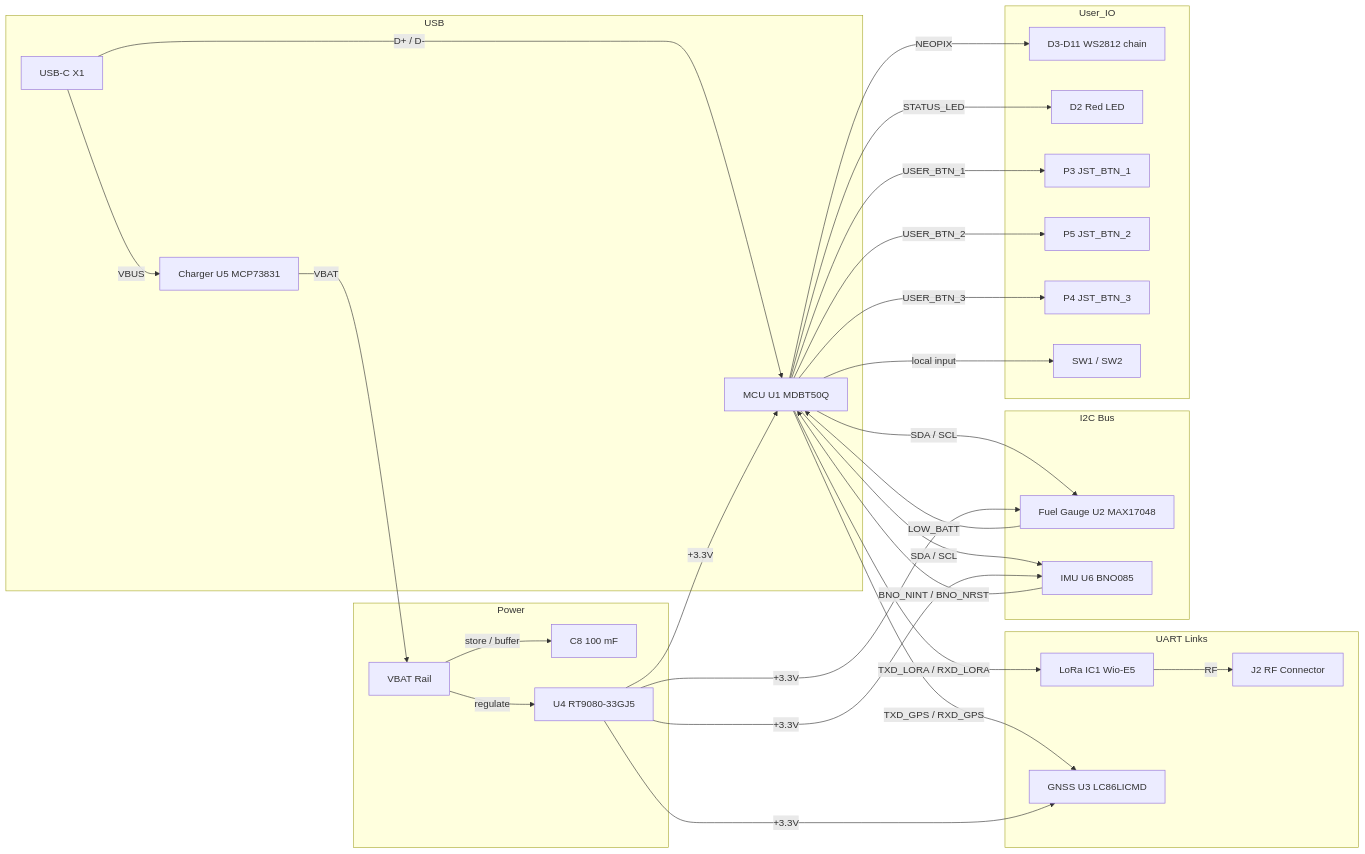
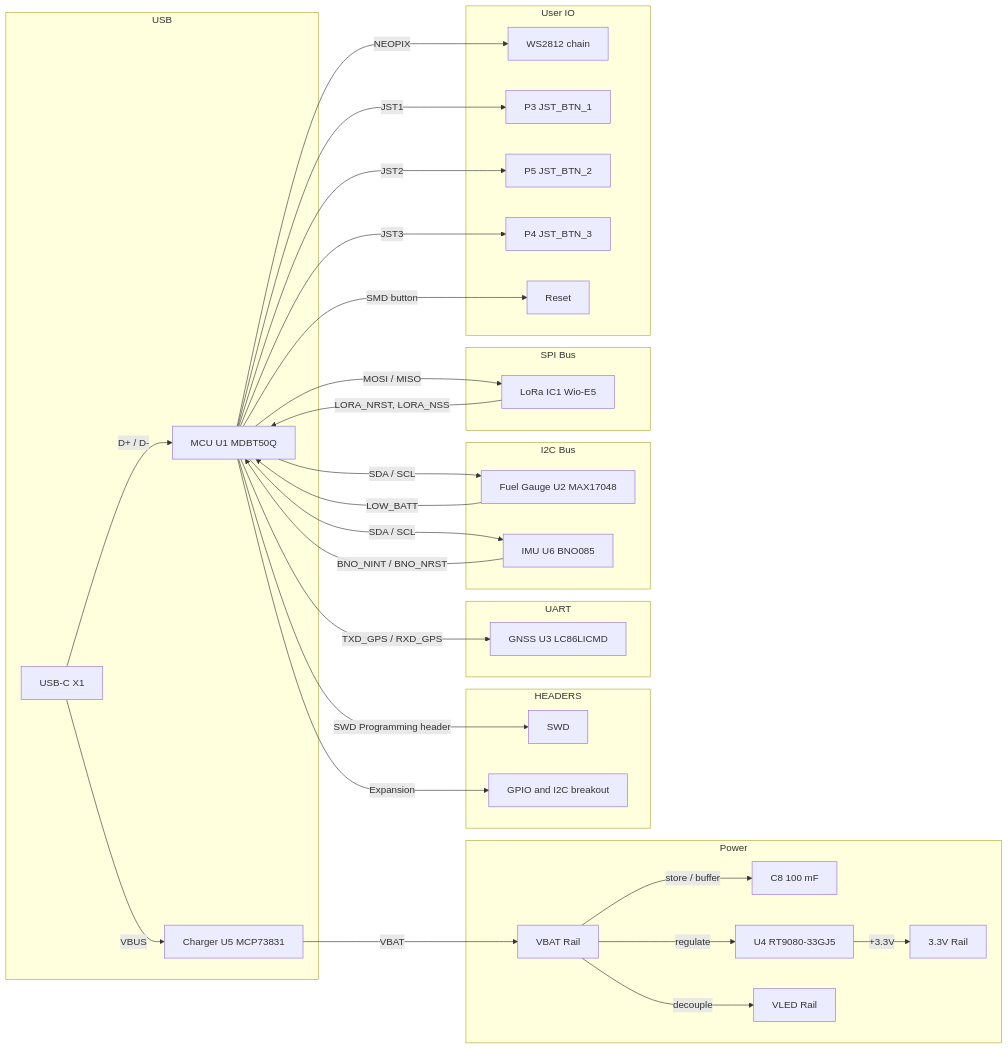
One commit to wildjames/smart_compass changed the diagram in Medallion_Board/board_components.md. Above: the diagram before and after it, drawn with Mermaid. The commit also changed other lines of this file and 4 other files, not shown here.

Commit message:
Wrote some more readme stuff. Added haptics to the schematic

````diff
--- a/Medallion_Board/board_components.md
+++ b/Medallion_Board/board_components.md
@@ -30,39 +30,44 @@
 ```mermaid
 flowchart LR
-    subgraph USB
+    subgraph "USB"
         USBC[USB-C X1] -->|D+ / D-| MCU[MCU U1 MDBT50Q]
         USBC -->|VBUS| CHARGER[Charger U5 MCP73831]
     end
 
-    subgraph "UART Links"
-        MCU -->|TXD_LORA / RXD_LORA| LORA[LoRa IC1 Wio-E5]
+    subgraph "Power"
+        CHARGER -->|VBAT| VBAT[VBAT Rail]
+        VBAT -->|store / buffer| SUPERCAP[C8 100 mF]
+        VBAT -->|regulate| LDO[U4 RT9080-33GJ5]
+        VBAT -->|decouple| VLED[VLED Rail]
+        LDO -->|+3.3V| VDD[3.3V Rail]
+    end
+
+    subgraph "HEADERS"
+        MCU -->|SWD Programming header| SWD[SWD]
+        MCU -->|Expansion| HEADER[GPIO and I2C breakout]
+    end
+
+    subgraph "UART"
         MCU -->|TXD_GPS / RXD_GPS| GNSS[GNSS U3 LC86LICMD]
-        LORA -->|RF| RF[J2 RF Connector]
     end
 
     subgraph "I2C Bus"
         MCU -->|SDA / SCL| FUEL[Fuel Gauge U2 MAX17048]
         MCU -->|SDA / SCL| IMU[IMU U6 BNO085]
         FUEL -->|LOW_BATT| MCU
         IMU -->|BNO_NINT / BNO_NRST| MCU
     end
 
-    subgraph Power
-        CHARGER -->|VBAT| VBAT[VBAT Rail]
-        VBAT -->|store / buffer| SUPERCAP[C8 100 mF]
-        VBAT -->|regulate| LDO[U4 RT9080-33GJ5]
-        LDO -->|+3.3V| MCU
-        LDO -->|+3.3V| GNSS
-        LDO -->|+3.3V| IMU
-        LDO -->|+3.3V| FUEL
+    subgraph "SPI Bus"
+        MCU -->|MOSI / MISO| LORA[LoRa IC1 Wio-E5]
+        LORA -->|LORA_NRST, LORA_NSS| MCU
     end
 
-    subgraph User_IO
-        MCU -->|NEOPIX| LEDS[D3-D11 WS2812 chain]
-        MCU -->|STATUS_LED| STAT[D2 Red LED]
-        MCU -->|USER_BTN_1| BTN1[P3 JST_BTN_1]
-        MCU -->|USER_BTN_2| BTN2[P5 JST_BTN_2]
-        MCU -->|USER_BTN_3| BTN3[P4 JST_BTN_3]
-        MCU -->|local input| SW[SW1 / SW2]
+    subgraph "User IO"
+        MCU -->|NEOPIX| LEDS[WS2812 chain]
+        MCU -->|JST1| BTN1[P3 JST_BTN_1]
+        MCU -->|JST2| BTN2[P5 JST_BTN_2]
+        MCU -->|JST3| BTN3[P4 JST_BTN_3]
+        MCU -->|SMD button| SW[Reset]
     end
 ```
````
